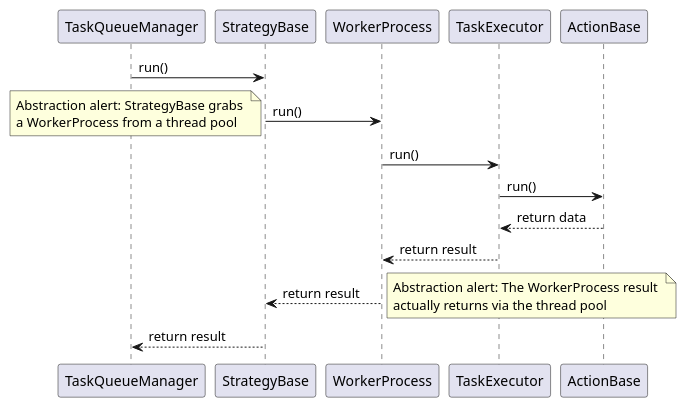
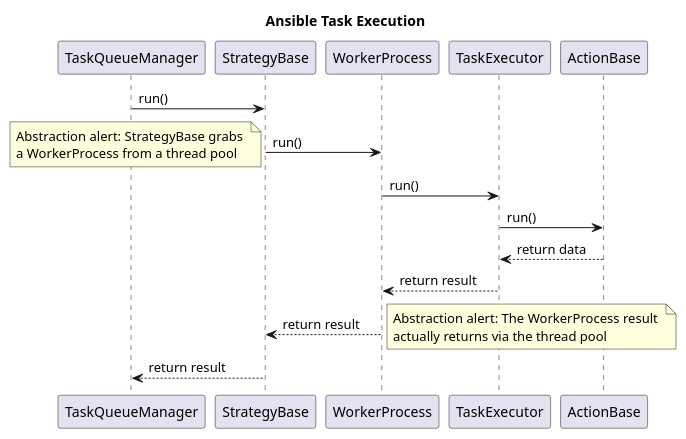
Before and after one commit to ezequiels/nazz: the diagram in project/uml/SequenceDiagram/TaskQueueManager.puml, drawn with PlantUML. The commit also changed 3 other files, not shown here.

Commit message:
Updated sequence diagram

```diff
--- a/project/uml/SequenceDiagram/TaskQueueManager.puml
+++ b/project/uml/SequenceDiagram/TaskQueueManager.puml
@@ -1,14 +1,15 @@
 @startuml
 
+title Ansible Task Execution
 TaskQueueManager->StrategyBase: run()
 StrategyBase->WorkerProcess: run()
 note left: Abstraction alert: StrategyBase grabs \na WorkerProcess from a thread pool
 WorkerProcess->TaskExecutor: run()
 TaskExecutor->ActionBase: run()
 ActionBase-->TaskExecutor: return data
 TaskExecutor-->WorkerProcess: return result
 WorkerProcess-->StrategyBase: return result
 note right: Abstraction alert: The WorkerProcess result \nactually returns via the thread pool
 StrategyBase-->TaskQueueManager: return result
 
 @enduml
```
